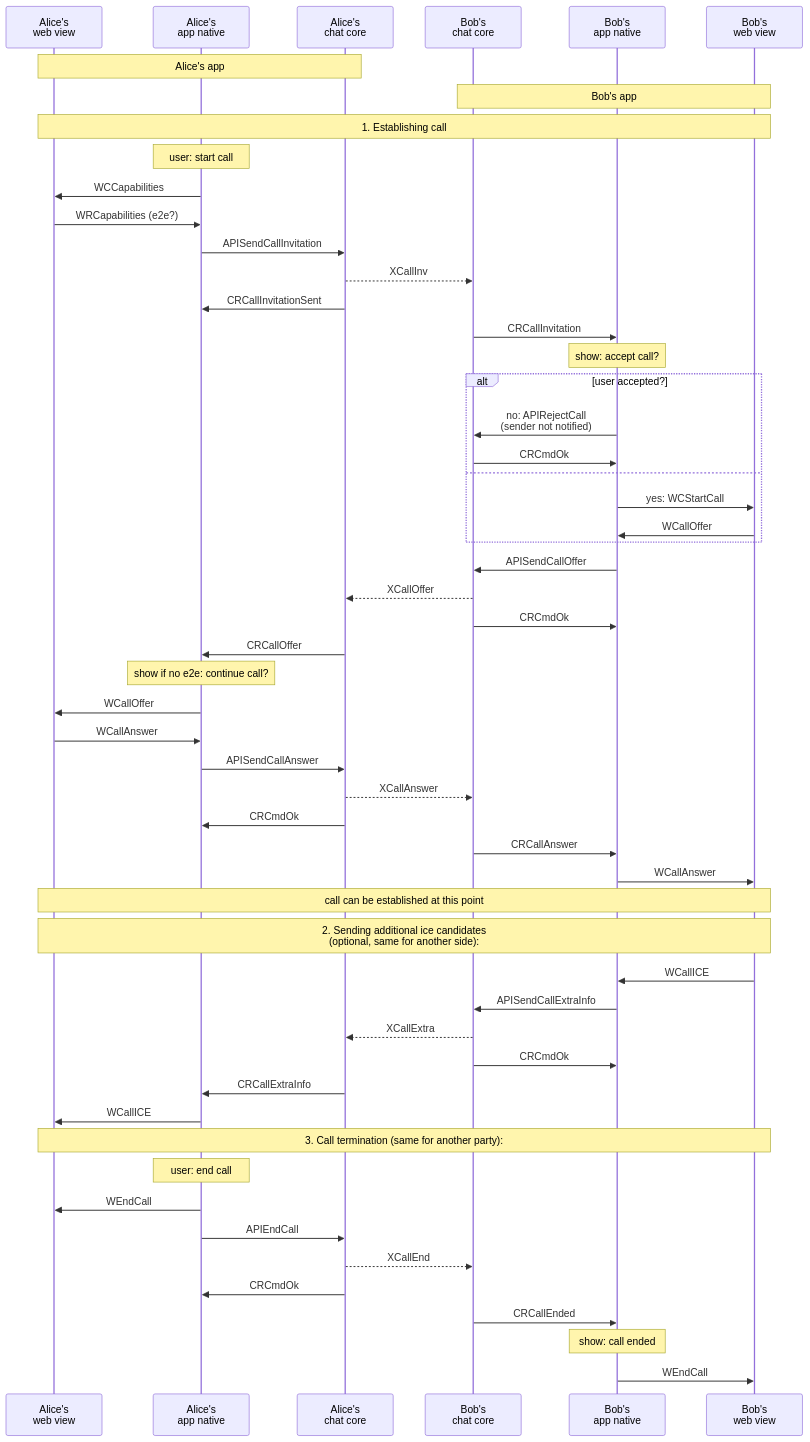
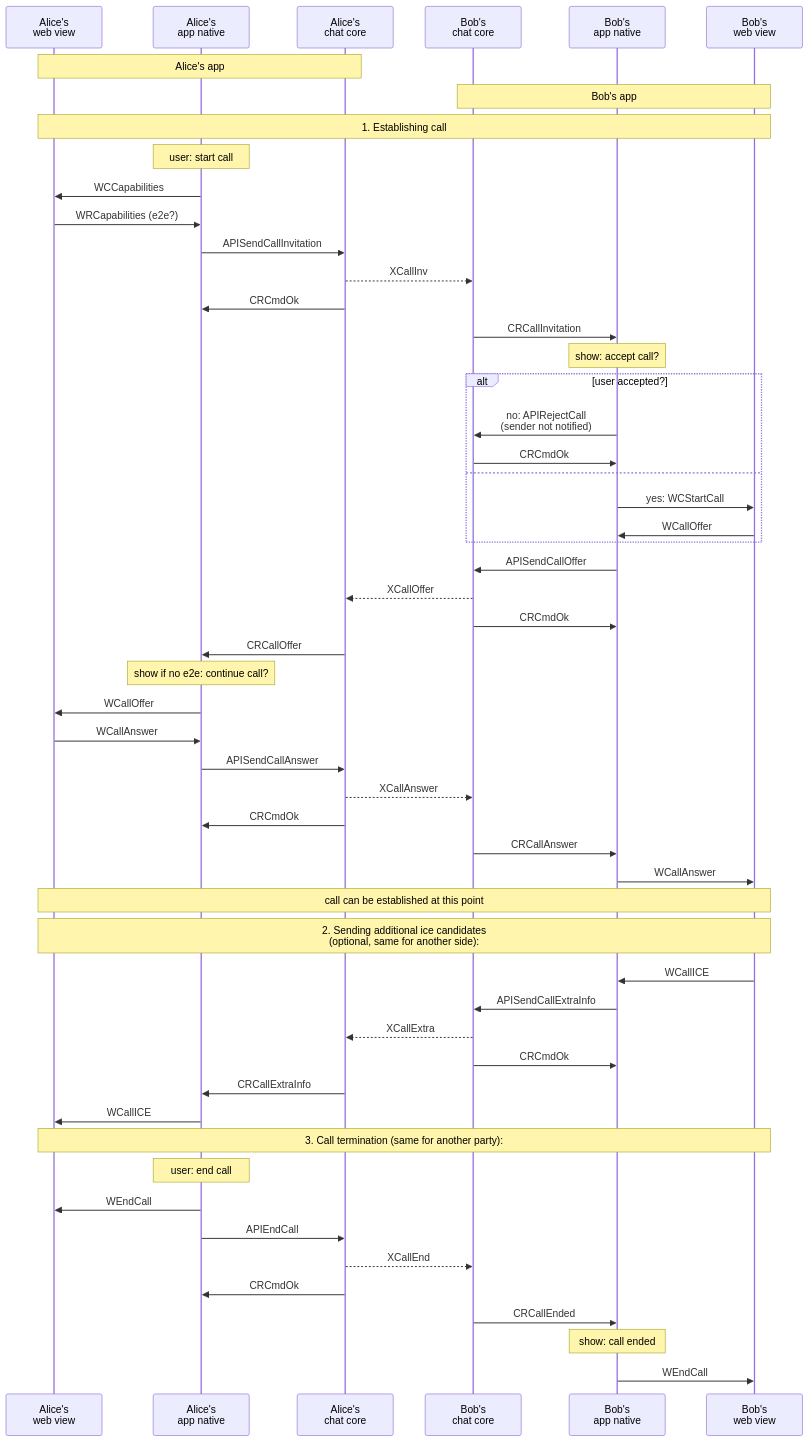
One commit to simplex-chat/simplex-chat changed the diagram in docs/rfcs/webrtc.mmd. Above: the diagram before and after it, drawn with Mermaid. The commit also changed 3 other files, not shown here.

Commit message:
remove CRCallInvitationSent, add CISCallError

```diff
--- a/docs/rfcs/webrtc.mmd
+++ b/docs/rfcs/webrtc.mmd
@@ -1,67 +1,67 @@
 sequenceDiagram
   participant AW as Alice's<br>web view
   participant AN as Alice's<br>app native
   participant AC as Alice's<br>chat core
   participant BC as Bob's<br>chat core
   participant BN as Bob's<br>app native
   participant BW as Bob's<br>web view
 
   note over AW, AC: Alice's app
   note over BC, BW: Bob's app
 
   note over AW, BW: 1. Establishing call
 
   note over AN: user: start call
   AN ->> AW: WCCapabilities
   AW ->> AN: WRCapabilities (e2e?)
 
   AN ->> AC: APISendCallInvitation
   AC -->> BC: XCallInv
-  AC ->> AN: CRCallInvitationSent
+  AC ->> AN: CRCmdOk
 
   BC ->> BN: CRCallInvitation
   note over BN: show: accept call?
   
   alt user accepted?
     BN ->> BC: no: APIRejectCall<br>(sender not notified)
     BC ->> BN: CRCmdOk
   else
     BN ->> BW: yes: WCStartCall
     BW ->> BN: WCallOffer
   end
 
   BN ->> BC: APISendCallOffer
   BC -->> AC: XCallOffer
   BC ->> BN: CRCmdOk
   AC ->> AN: CRCallOffer
   note over AN: show if no e2e: continue call?
 
   AN ->> AW: WCallOffer
   AW ->> AN: WCallAnswer
   AN ->> AC: APISendCallAnswer
   AC -->> BC: XCallAnswer
   AC ->> AN: CRCmdOk
   BC ->> BN: CRCallAnswer
   BN ->> BW: WCallAnswer
 
   note over AW, BW: call can be established at this point
 
   note over AW, BW: 2. Sending additional ice candidates<br>(optional, same for another side):
 
   BW ->> BN: WCallICE
   BN ->> BC: APISendCallExtraInfo
   BC -->> AC: XCallExtra
   BC ->> BN: CRCmdOk
   AC ->> AN: CRCallExtraInfo
   AN ->> AW: WCallICE
 
   note over AW, BW: 3. Call termination (same for another party):
 
   note over AN: user: end call
   AN ->> AW: WEndCall
   AN ->> AC: APIEndCall
   AC -->> BC: XCallEnd
   AC ->> AN: CRCmdOk
   BC ->> BN: CRCallEnded
   note over BN: show: call ended
   BN ->> BW: WEndCall
```
